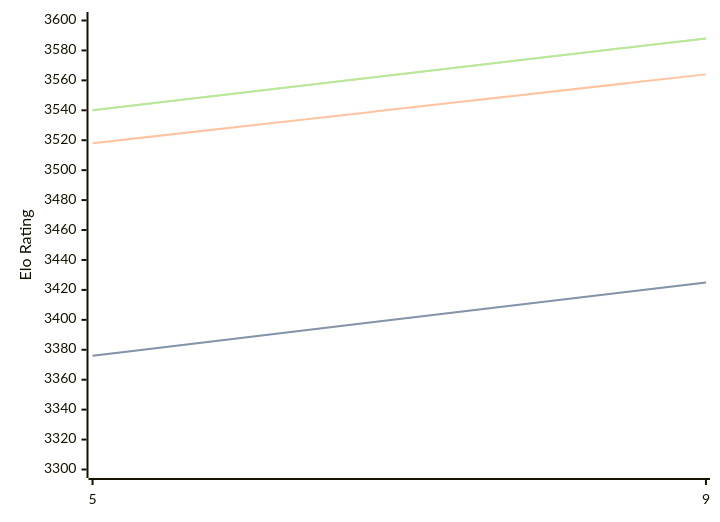
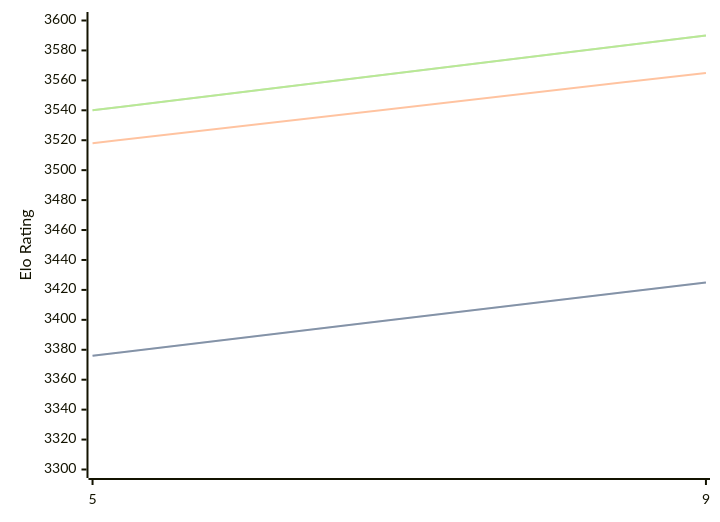
Before and after one commit to computer-chess-index/cci: the diagram in engines/Crystal.md, drawn with Mermaid. The commit also changed other lines of this file, not shown here.

Commit message:
Update CCI Ratings (ELO VLTC) - 2026-08-23

````diff
--- a/engines/Crystal.md
+++ b/engines/Crystal.md
@@ -32,11 +32,11 @@
 ```mermaid
 %%{init: {"theme":"base","themeVariables":{"seriesColors:['#a3a3a3','#222221','#faa371']}}}%%
 xychart-beta
   x-axis ["5", "9"]
   y-axis "Elo Rating" 3300 --> 3600
   line "STC (8.0+0.08s)" [3376, 3425]
   line "STC (8.0+0.08s)" [3376, 3425]
-  line "LTC (60.0+0.60s)" [3518, 3564]
-  line "VLTC (2m24s+1.12s)" [3540, 3588]
-  line "VLTC (2m24s+1.12s)" [3540, 3588]
+  line "LTC (60.0+0.60s)" [3518, 3565]
+  line "VLTC (2m24s+1.12s)" [3540, 3590]
+  line "VLTC (2m24s+1.12s)" [3540, 3590]
 ```
````
